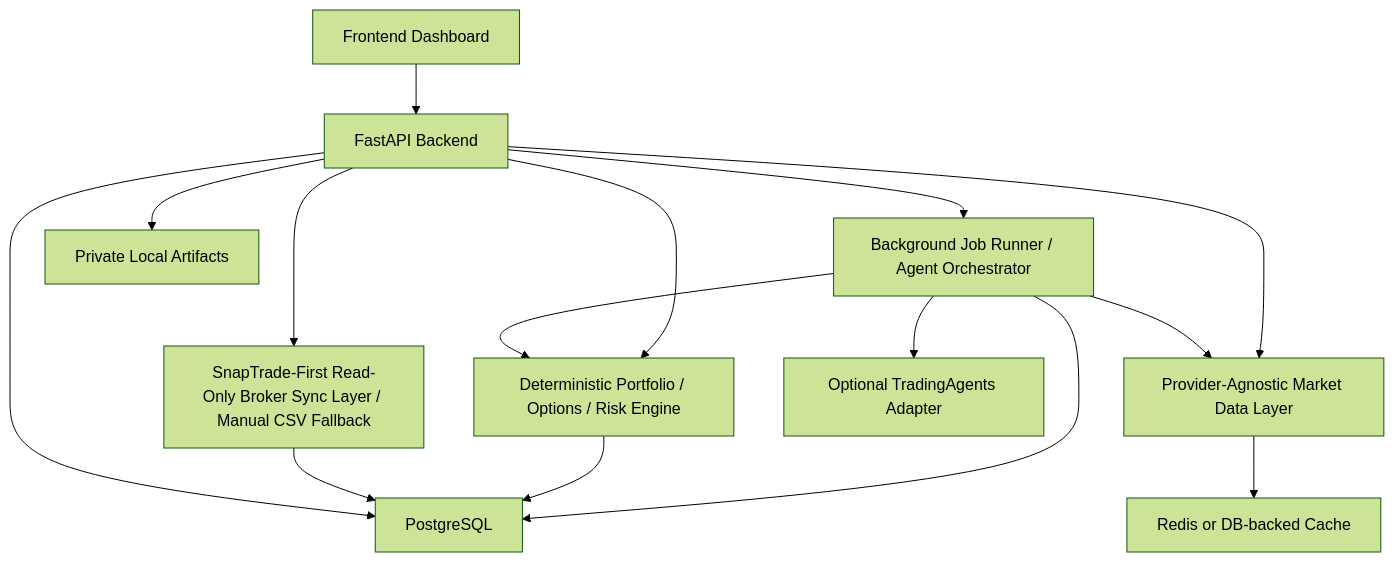
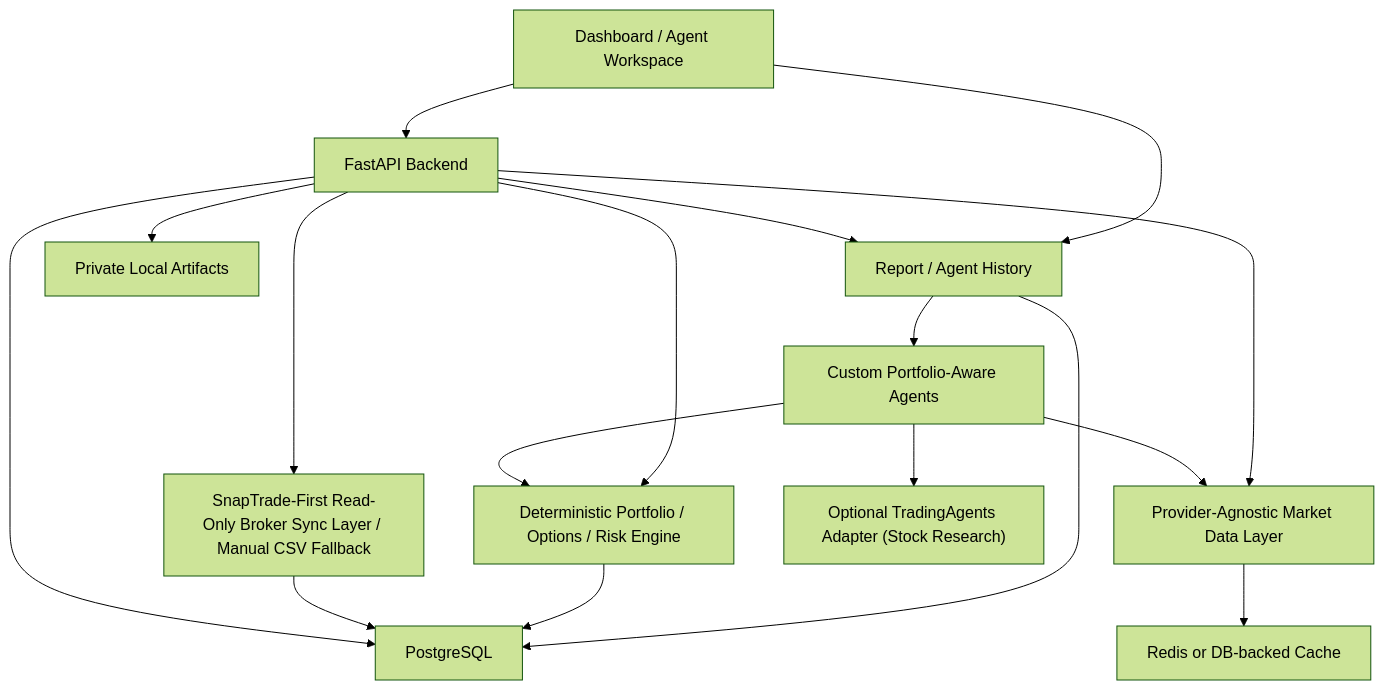
Before and after one commit to DravenWLY/portfolio-options-agent: the diagram in docs/architecture.md, drawn with Mermaid (forest theme). The commit also changed other lines of this file and 1 other file, not shown here.

Commit message:
Realign roadmap around agent report foundation

````diff
--- a/docs/architecture.md
+++ b/docs/architecture.md
@@ -27,28 +46,31 @@
 ```mermaid
 flowchart TD
-  UI["Frontend Dashboard"]
+  UI["Dashboard / Agent Workspace"]
   API["FastAPI Backend"]
-  Jobs["Background Job Runner / Agent Orchestrator"]
+  Reports["Report / Agent History"]
+  Agents["Custom Portfolio-Aware Agents"]
   Core["Deterministic Portfolio / Options / Risk Engine"]
   MD["Provider-Agnostic Market Data Layer"]
   Broker["SnapTrade-First Read-Only Broker Sync Layer / Manual CSV Fallback"]
-  TA["Optional TradingAgents Adapter"]
+  TA["Optional TradingAgents Adapter (Stock Research)"]
   DB["PostgreSQL"]
   Cache["Redis or DB-backed Cache"]
   Files["Private Local Artifacts"]
 
   UI --> API
+  UI --> Reports
   API --> Core
   API --> MD
   API --> Broker
-  API --> Jobs
-  Jobs --> Core
-  Jobs --> MD
-  Jobs --> TA
-  Jobs --> DB
+  API --> Reports
+  Reports --> Agents
+  Agents --> Core
+  Agents --> MD
+  Agents --> TA
+  Reports --> DB
   Core --> DB
   MD --> Cache
   Broker --> DB
   API --> DB
   API --> Files
 ```
````
